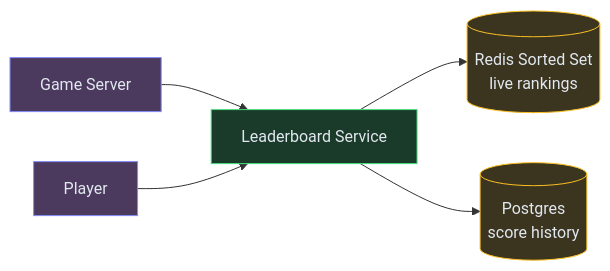
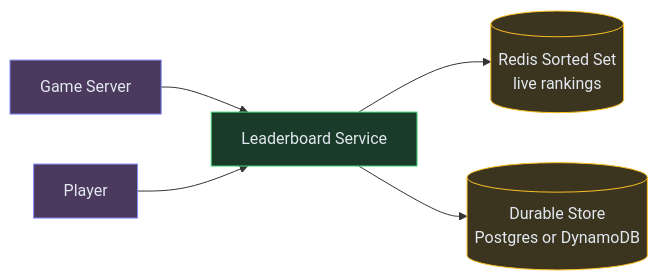
One commit to iluzn/HLD-Designs changed the fourth of 7 diagrams in content/hld/Leaderboard.md. Above: the diagram before and after it, drawn with Mermaid. The commit also changed other lines of this file, not shown here.

First line of the commit message:
fix(hld): Make leaderboard durable store tech-agnostic

````diff
--- a/content/hld/Leaderboard.md
+++ b/content/hld/Leaderboard.md
@@ -208,17 +208,17 @@
 ```mermaid
 flowchart LR
     GAME["Game Server"]:::client
     API["Leaderboard Service"]:::service
     REDIS[("Redis Sorted Set<br/>live rankings")]:::data
-    DB[("Postgres<br/>score history")]:::data
+    DB[("Durable Store<br/>Postgres or DynamoDB")]:::data
     USER["Player"]:::client
 
     GAME --> API
     API --> REDIS
     API --> DB
     USER --> API
 
     classDef client fill:#4c3a5e,stroke:#818cf8,color:#e2e8f0
     classDef service fill:#1a3a2a,stroke:#4ade80,color:#e2e8f0
     classDef data fill:#3b3520,stroke:#fbbf24,color:#e2e8f0
 ```
````
